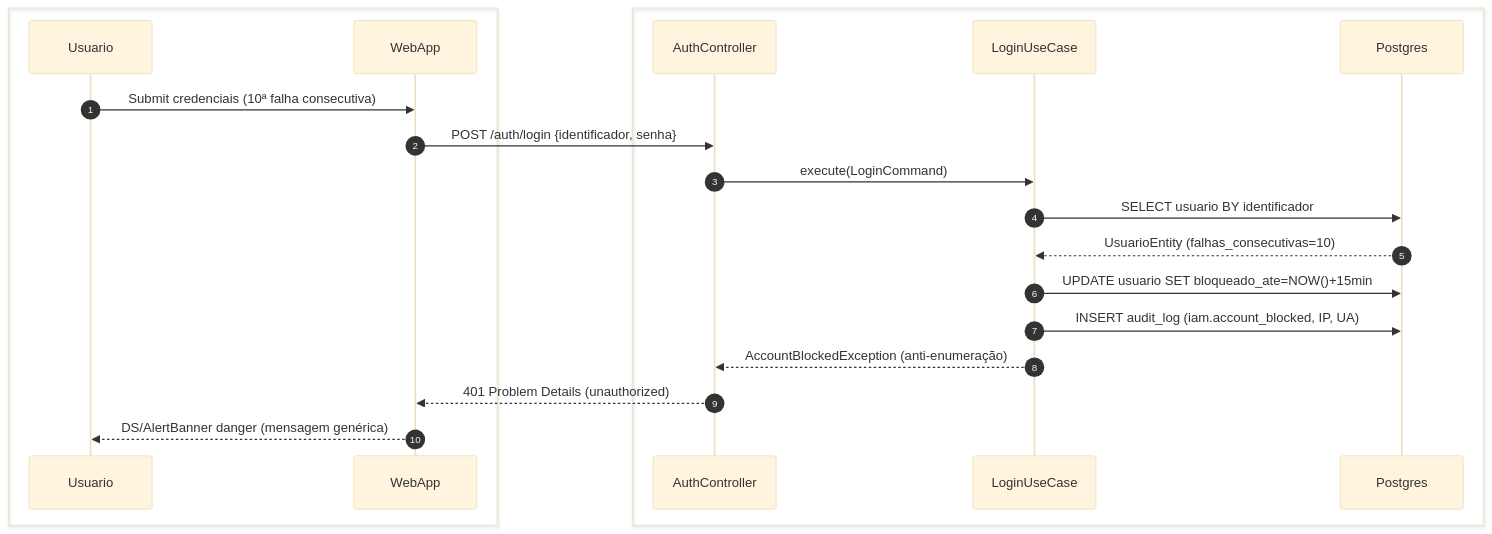
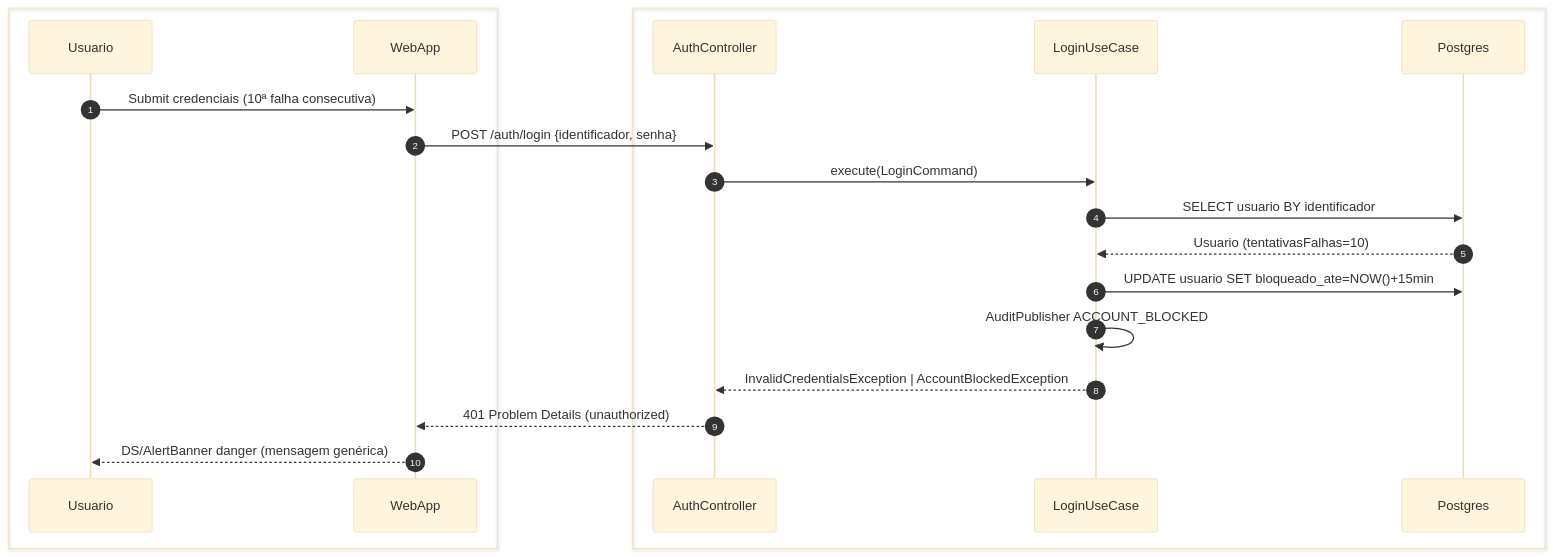
The fifth of 8 diagrams in foundationDocs/sequenceDiagrams/F0 — Público/US-F0-001-LOGIN.md (teamTCC/secretariaOnline2), drawn with Mermaid (base theme) before and after one commit. The commit also changed other lines of this file and 104 other files, not shown here.

````diff
--- a/foundationDocs/sequenceDiagrams/F0 — Público/US-F0-001-LOGIN.md
+++ b/foundationDocs/sequenceDiagrams/F0 — Público/US-F0-001-LOGIN.md
@@ -209,24 +216,24 @@
 ```mermaid
 sequenceDiagram
     autonumber
     box #e8f4fc Cliente
         participant Usuario
         participant WebApp
     end
     box #fff8ee Servidor
         participant AC as AuthController
         participant UC as LoginUseCase
         participant DB as Postgres
     end
 
     Usuario->>WebApp: Submit credenciais (10ª falha consecutiva)
     WebApp->>AC: POST /auth/login {identificador, senha}
     AC->>UC: execute(LoginCommand)
     UC->>DB: SELECT usuario BY identificador
-    DB-->>UC: UsuarioEntity (falhas_consecutivas=10)
+    DB-->>UC: Usuario (tentativasFalhas=10)
     UC->>DB: UPDATE usuario SET bloqueado_ate=NOW()+15min
-    UC->>DB: INSERT audit_log (iam.account_blocked, IP, UA)
-    UC-->>AC: AccountBlockedException (anti-enumeração)
+    UC->>UC: AuditPublisher ACCOUNT_BLOCKED
+    UC-->>AC: InvalidCredentialsException | AccountBlockedException
     AC-->>WebApp: 401 Problem Details (unauthorized)
     WebApp-->>Usuario: DS/AlertBanner danger (mensagem genérica)
 ```
````
